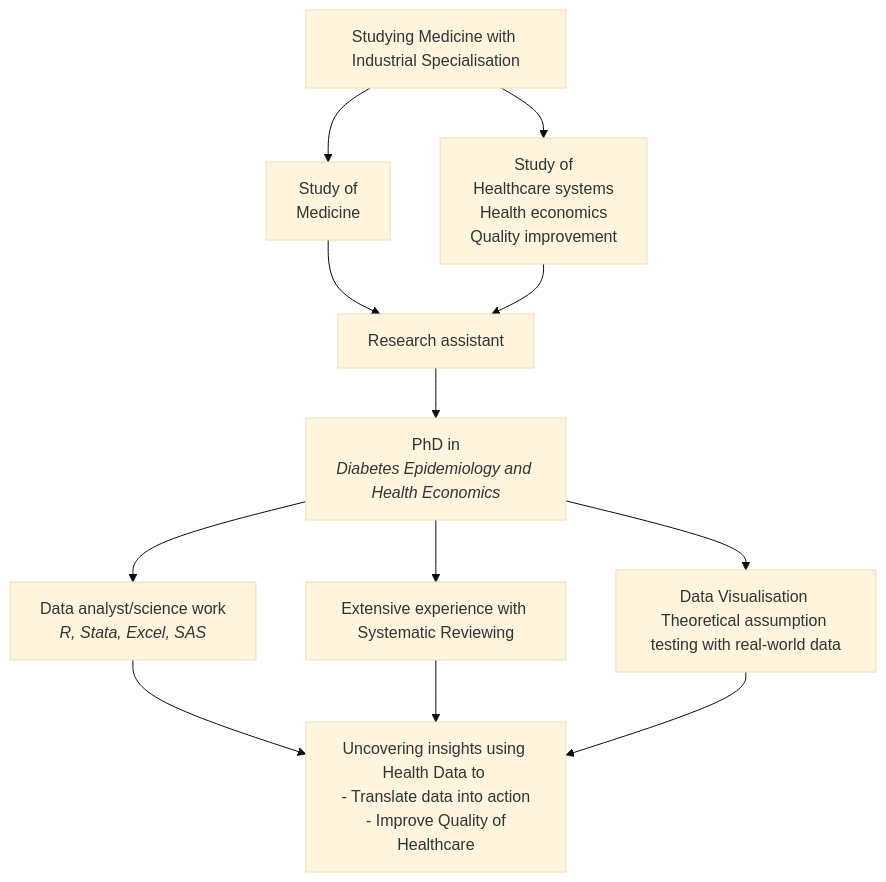
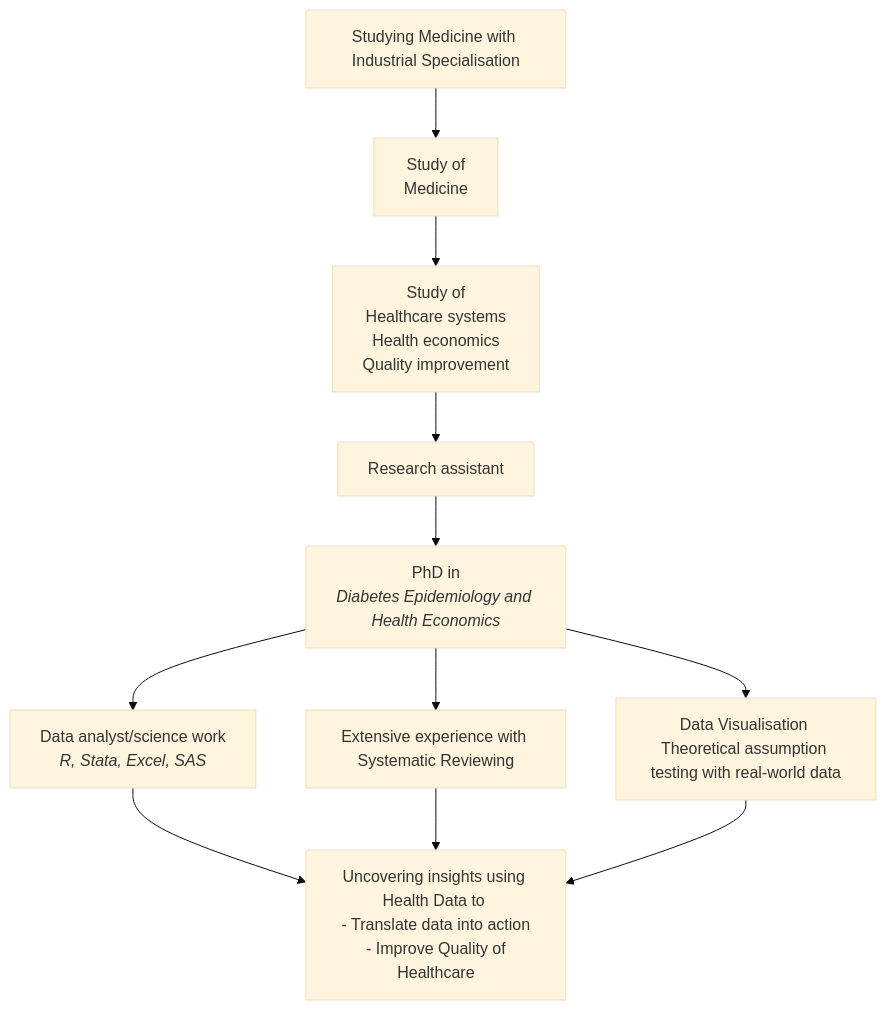
One commit to Henkevitus/publicdataprojects changed the diagram in index.qmd. Above: the diagram before and after it, drawn with Mermaid (base theme).

Commit message:
update to mermaid chart on landing page

````diff
--- a/index.qmd
+++ b/index.qmd
@@ -24,29 +24,28 @@
 ```{mermaid}
 %%| fig-label: YAY
 flowchart TB
   A[Studying Medicine with Industrial Specialisation]
   A2[Study of <br/>Medicine]
   A3[Study of <br/>Healthcare systems <br/> Health economics <br/>Quality improvement]
   %%B[Volunteer work]
   C[Research assistant]
   D[PhD in<br/><i/>Diabetes Epidemiology and Health Economics<b>]
   E1[Data analyst/science work<br/><i/>R, Stata, Excel, SAS<b>]
   E2[Extensive experience with Systematic Reviewing]
   E3[Data Visualisation <br/>Theoretical assumption testing with real-world data]
   F[Uncovering insights using Health Data to <br/> - Translate data into action <br/> - Improve Quality of Healthcare]
 
   A --> A2
-  A --> A3
-  A2 --> C
+  A2 --> A3
   A3 --> C
   C --> D
   D --> E1
   D --> E2
   D --> E3
 
   E1 --> F
   E2 --> F
   E3 --> F
   %%B --> F
 
 ```
````
